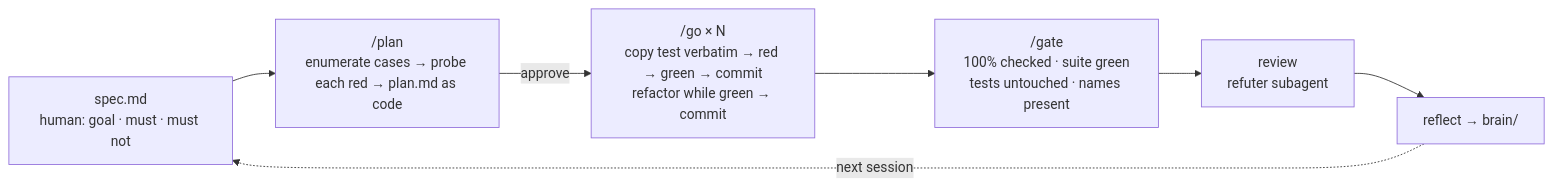
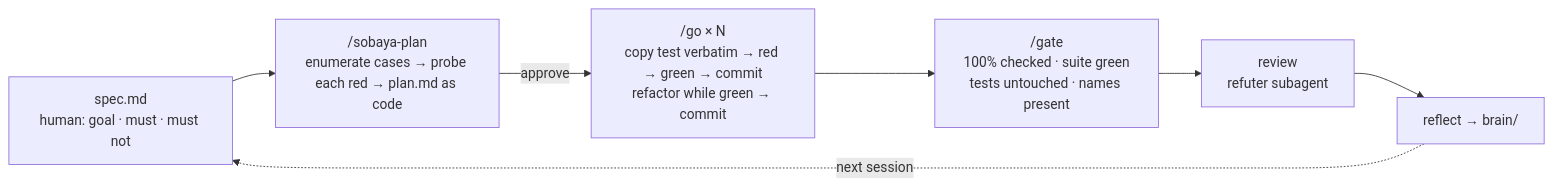
Before and after one commit to team-poem/sobaya: the diagram in README.md, drawn with Mermaid. The commit also changed other lines of this file and 17 other files, not shown here.

First line of the commit message:
feat(harness): Drop new-app; install.sh, ask-once plan, human-trusted loop

````diff
--- a/README.md
+++ b/README.md
@@ -27,9 +27,9 @@
 ```mermaid
 flowchart LR
-    S["spec.md<br>human: goal · must · must not"] --> P["/plan<br>enumerate cases → probe each red → plan.md as code"]
+    S["spec.md<br>human: goal · must · must not"] --> P["/sobaya-plan<br>enumerate cases → probe each red → plan.md as code"]
     P -- approve --> G["/go × N<br>copy test verbatim → red → green → commit<br>refactor while green → commit"]
     G --> T["/gate<br>100% checked · suite green<br>tests untouched · names present"]
     T --> R["review<br>refuter subagent"]
     R --> F["reflect → brain/"]
     F -. next session .-> S
 ```
````
